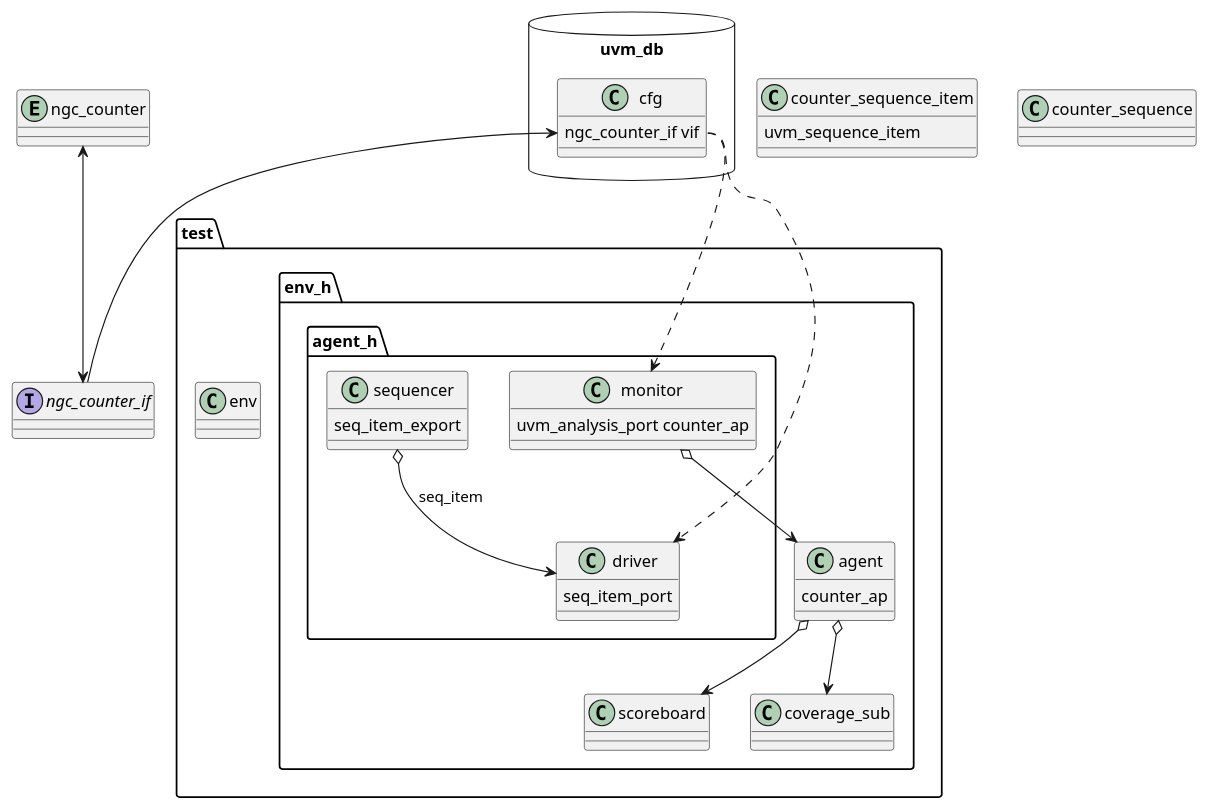
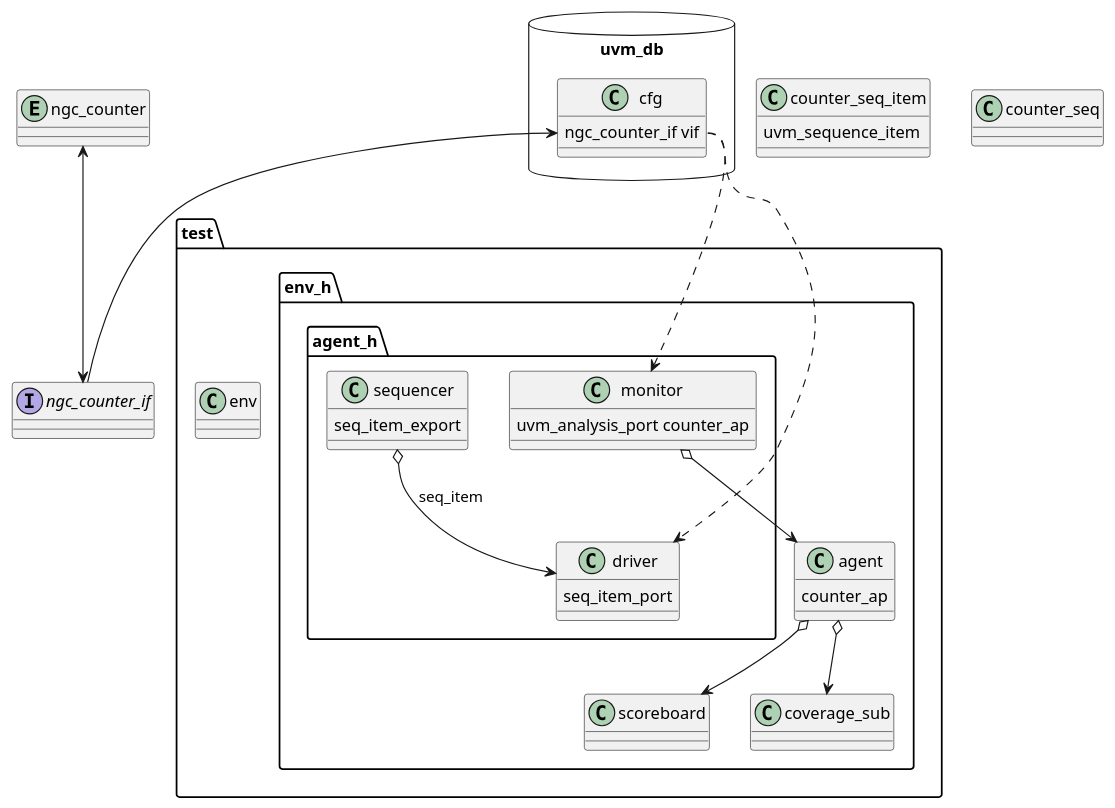
One commit to ncotti/ngc_modules changed the diagram in doc/diagram.puml. Above: the diagram before and after it, drawn with PlantUML. The commit also changed 14 other files, not shown here.

Commit message:
Change "counter_sequence" to "counter_seq"

```diff
--- a/doc/diagram.puml
+++ b/doc/diagram.puml
@@ -1,57 +1,57 @@
 @startuml
 
 entity ngc_counter
 interface ngc_counter_if
 
 package uvm_db <<Database>> {
     class cfg {
         ngc_counter_if vif
     }
 }
 
 package test {
     class env
 }
 
 package test.env_h {
 
     class scoreboard
     class coverage_sub
     class agent {
         counter_ap
     }
 
 }
 
 package test.env_h.agent_h {
     class monitor {
         uvm_analysis_port counter_ap
     }
     class driver {
         seq_item_port
     }
     class sequencer {
         seq_item_export
     }
 
 }
 
-class counter_sequence_item {
+class counter_seq_item {
     uvm_sequence_item
 }
 
-class counter_sequence {
+class counter_seq {
 }
 
 ngc_counter <--> ngc_counter_if
 cfg::ngc_counter_if <-- ngc_counter_if
 cfg::ngc_counter_if ..> driver
 cfg::ngc_counter_if ..> monitor
 
 sequencer o--> driver : seq_item
 monitor o--> agent
 
 agent o--> coverage_sub
 agent o--> scoreboard
 
 @enduml
```
